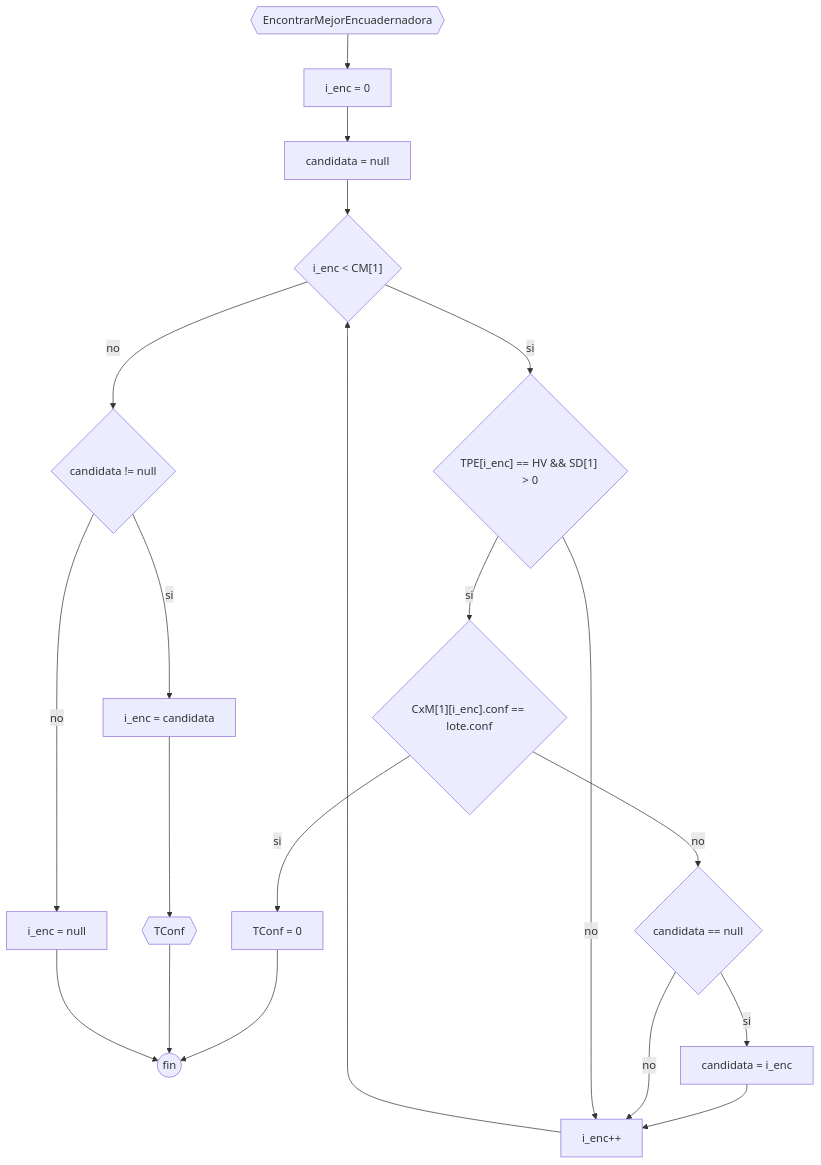
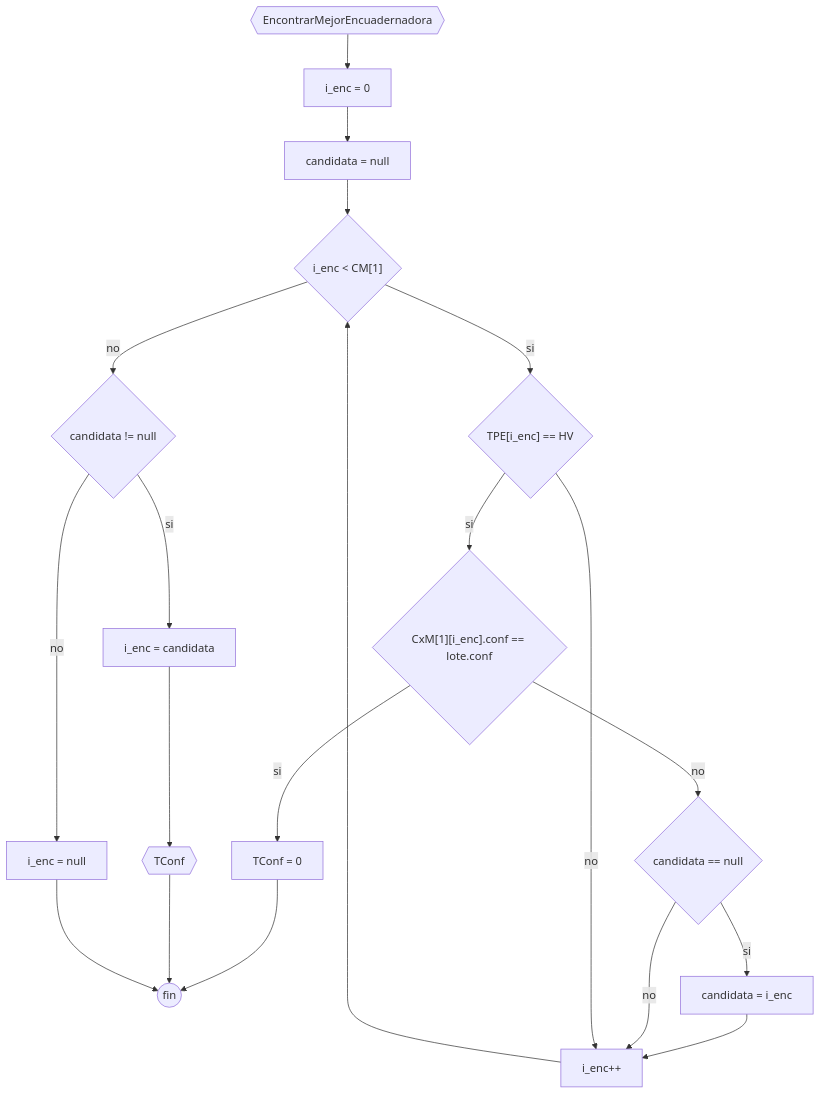
One commit to JuanManuelPrividera/TP-Simu changed the diagram in docs/Diagramas/impresion/EncontrarMejorEncuadernadora.mermaid. Above: the diagram before and after it, drawn with Mermaid. The commit also changed 32 other files, not shown here.

```diff
--- a/docs/Diagramas/impresion/EncontrarMejorEncuadernadora.mermaid
+++ b/docs/Diagramas/impresion/EncontrarMejorEncuadernadora.mermaid
@@ -1,14 +1,14 @@
 flowchart TD
 a0{{EncontrarMejorEncuadernadora}} --> a1["i_enc = 0"]
 a1 --> a2["candidata = null"]
 a2 --> a3{"i_enc < CM[1]"}
-a3 --> |si| a4{"TPE[i_enc] == HV && SD[1] > 0"}
+a3 --> |si| a4{"TPE[i_enc] == HV"}
 a4 --> |si| a5{"CxM[1][i_enc].conf == lote.conf"}
 a5 --> |si| b1[TConf = 0] --> fin((fin))
 a5 --> |no| c{"candidata == null"}
 c --> |si| d["candidata = i_enc"] --> e["i_enc++"] --> a3
 c --> |no| e
 a4 --> |no| e
 a3 --> |no| f{"candidata != null"}
 f --> |si| g["i_enc = candidata"] --> h{{TConf}} --> fin
 f --> |no| k["i_enc = null"] --> fin
```
